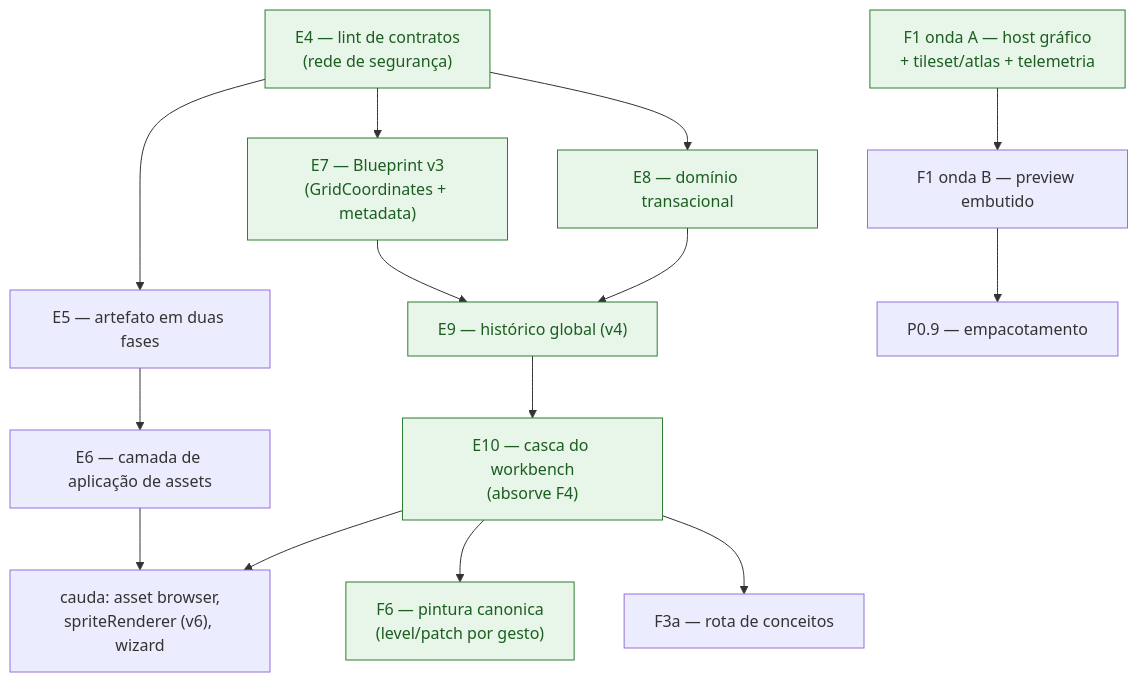
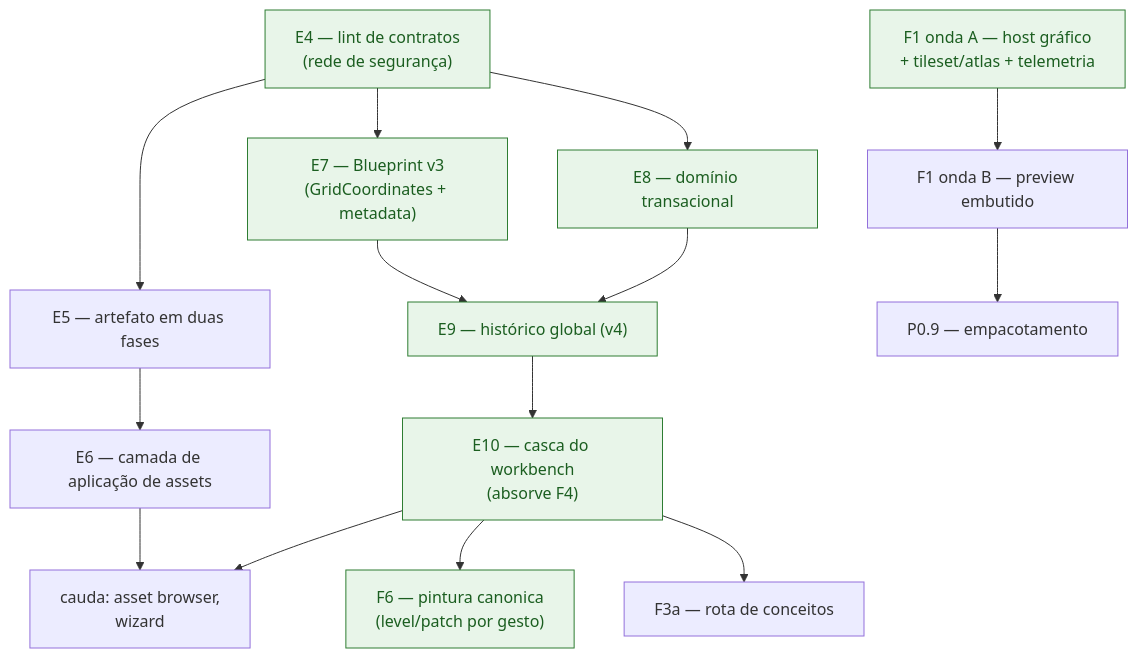
Before and after one commit to flaviotinococoutinho/Gridsmith: the diagram in docs/DEVELOPMENT-PLAN.md, drawn with Mermaid. The commit also changed other lines of this file and 8 other files, not shown here.

````diff
--- a/docs/DEVELOPMENT-PLAN.md
+++ b/docs/DEVELOPMENT-PLAN.md
@@ -303,18 +304,18 @@
 ```mermaid
 flowchart TD
   E4["E4 — lint de contratos<br/>(rede de segurança)"] --> E5["E5 — artefato em duas fases"]
   E4 --> E7["E7 — Blueprint v3<br/>(GridCoordinates + metadata)"]
   E4 --> E8["E8 — domínio transacional"]
   E5 --> E6["E6 — camada de aplicação de assets"]
   E7 --> E9["E9 — histórico global (v4)"]
   E8 --> E9
   E9 --> E10["E10 — casca do workbench<br/>(absorve F4)"]
   E10 --> F6["F6 — pintura canonica<br/>(level/patch por gesto)"]
   E10 --> F3a["F3a — rota de conceitos"]
-  E6 --> CAUDA["cauda: asset browser,<br/>spriteRenderer (v6), wizard"]
+  E6 --> CAUDA["cauda: asset browser,<br/>wizard"]
   E10 --> CAUDA
   F1A["F1 onda A — host gráfico<br/>+ tileset/atlas + telemetria"] --> F1B["F1 onda B — preview embutido"]
   F1B --> P09["P0.9 — empacotamento"]
   classDef entregue fill:#e8f5e9,stroke:#2e7d32,color:#1b5e20
   class E4,E7,E8,E9,E10,F1A,F6 entregue
 ```
````
